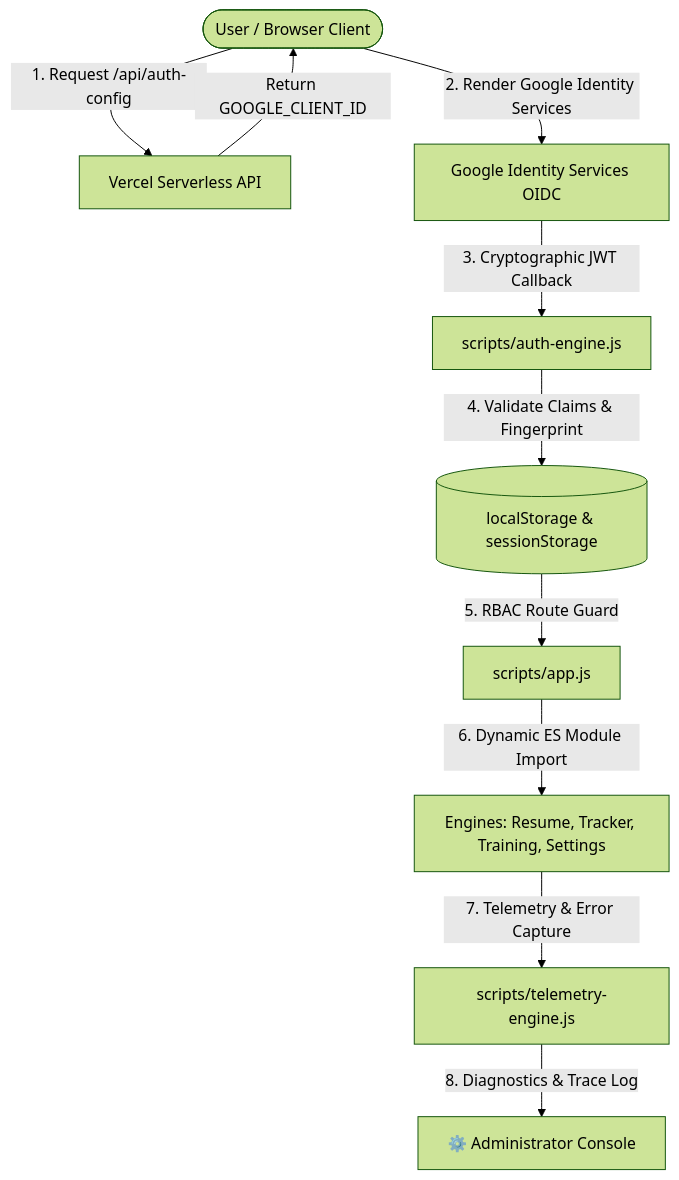
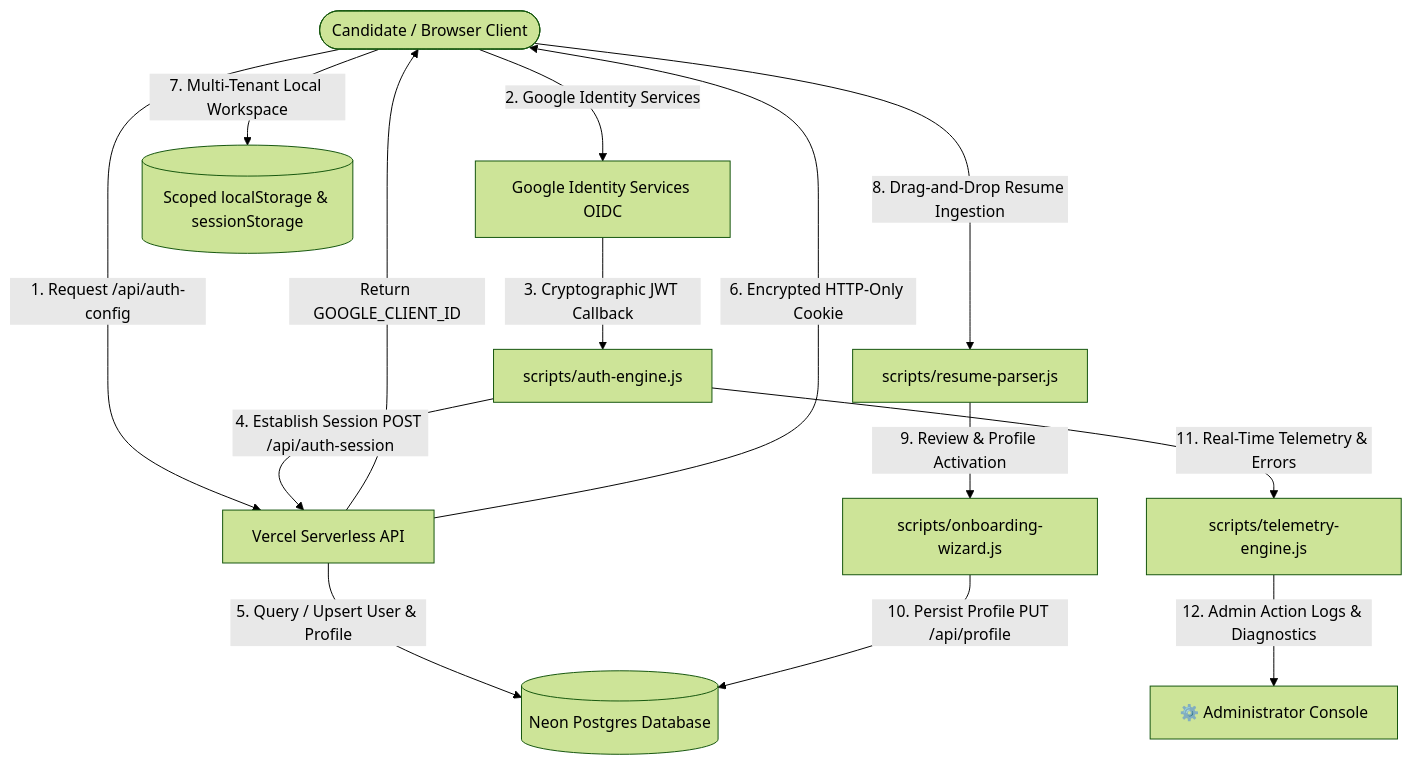
Before and after one commit to CipherPole/career-engine: the first of 4 diagrams in docs/ARCHITECTURE.md, drawn with Mermaid (forest theme). The commit also changed other lines of this file and 6 other files, not shown here.

Commit message:
docs: comprehensive project overview, module guide, architecture, and session changelog

````diff
--- a/docs/ARCHITECTURE.md
+++ b/docs/ARCHITECTURE.md
@@ -15,12 +16,16 @@
 ```mermaid
 graph TD
-    User([User / Browser Client]) -->|1. Request /api/auth-config| VercelAPI[Vercel Serverless API]
+    User([Candidate / Browser Client]) -->|1. Request /api/auth-config| VercelAPI[Vercel Serverless API]
     VercelAPI -->|Return GOOGLE_CLIENT_ID| User
-    User -->|2. Render Google Identity Services| GoogleGSI[Google Identity Services OIDC]
+    User -->|2. Google Identity Services| GoogleGSI[Google Identity Services OIDC]
     GoogleGSI -->|3. Cryptographic JWT Callback| AuthEngine[scripts/auth-engine.js]
-    AuthEngine -->|4. Validate Claims & Fingerprint| SessionStore[(localStorage & sessionStorage)]
-    SessionStore -->|5. RBAC Route Guard| AppRouter[scripts/app.js]
-    AppRouter -->|6. Dynamic ES Module Import| Engines[Engines: Resume, Tracker, Training, Settings]
-    Engines -->|7. Telemetry & Error Capture| TelemetryEngine[scripts/telemetry-engine.js]
-    TelemetryEngine -->|8. Diagnostics & Trace Log| AdminConsole[⚙️ Administrator Console]
+    AuthEngine -->|4. Establish Session POST /api/auth-session| VercelAPI
+    VercelAPI -->|5. Query / Upsert User & Profile| NeonDB[(Neon Postgres Database)]
+    VercelAPI -->|6. Encrypted HTTP-Only Cookie| User
+    User -->|7. Multi-Tenant Local Workspace| SessionStore[(Scoped localStorage & sessionStorage)]
+    User -->|8. Drag-and-Drop Resume Ingestion| Parser[scripts/resume-parser.js]
+    Parser -->|9. Review & Profile Activation| Wizard[scripts/onboarding-wizard.js]
+    Wizard -->|10. Persist Profile PUT /api/profile| NeonDB
+    AuthEngine -->|11. Real-Time Telemetry & Errors| Telemetry[scripts/telemetry-engine.js]
+    Telemetry -->|12. Admin Action Logs & Diagnostics| AdminConsole[⚙️ Administrator Console]
 ```
````
